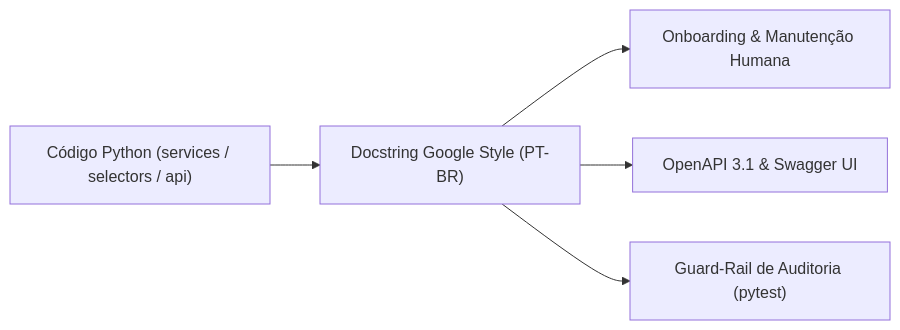
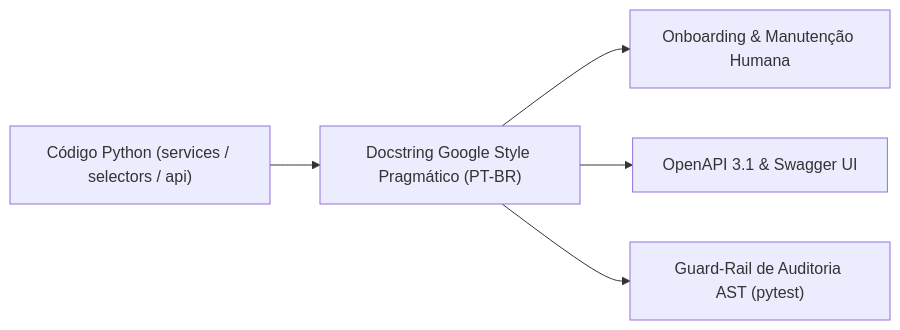
The diagram in docs/architecture/adr/021-padrao-comentarios-docstrings.md (Rafaelp122/wedding_management), drawn with Mermaid before and after one commit. The commit also changed other lines of this file and 118 other files, not shown here.

First line of the commit message:
refactor(docs): adota google style pragmatico e blinda ast anti-doc-drift

````diff
--- a/docs/architecture/adr/021-padrao-comentarios-docstrings.md
+++ b/docs/architecture/adr/021-padrao-comentarios-docstrings.md
@@ -28,7 +31,7 @@
 ```mermaid
 flowchart LR
-    SourceCode["Código Python (services / selectors / api)"] --> GoogleStyle["Docstring Google Style (PT-BR)"]
+    SourceCode["Código Python (services / selectors / api)"] --> GoogleStyle["Docstring Google Style Pragmático (PT-BR)"]
     GoogleStyle --> DevOnboarding["Onboarding & Manutenção Humana"]
     GoogleStyle --> NinjaOpenAPI["OpenAPI 3.1 & Swagger UI"]
-    GoogleStyle --> ASTAudit["Guard-Rail de Auditoria (pytest)"]
+    GoogleStyle --> ASTAudit["Guard-Rail de Auditoria AST (pytest)"]
 ```
````
